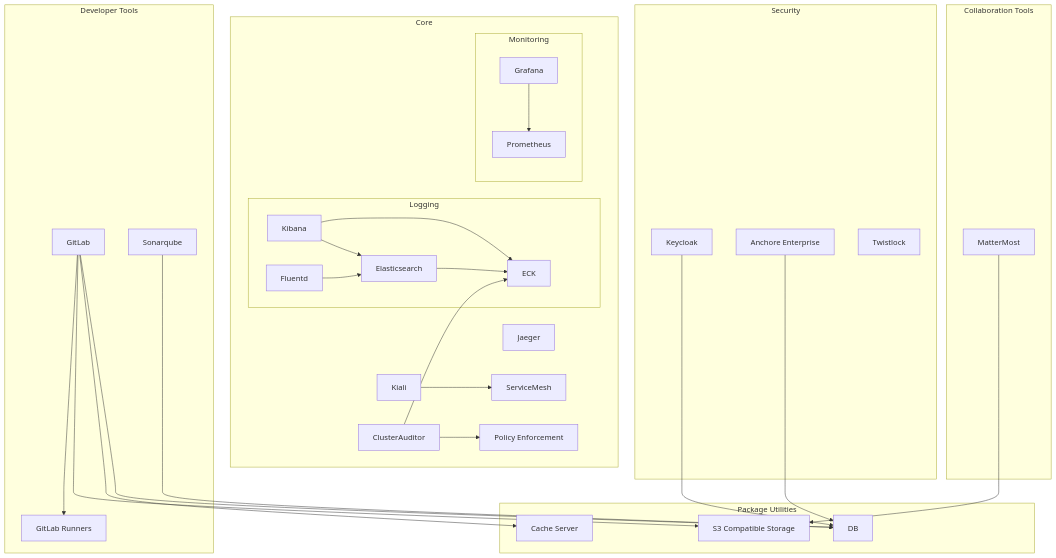
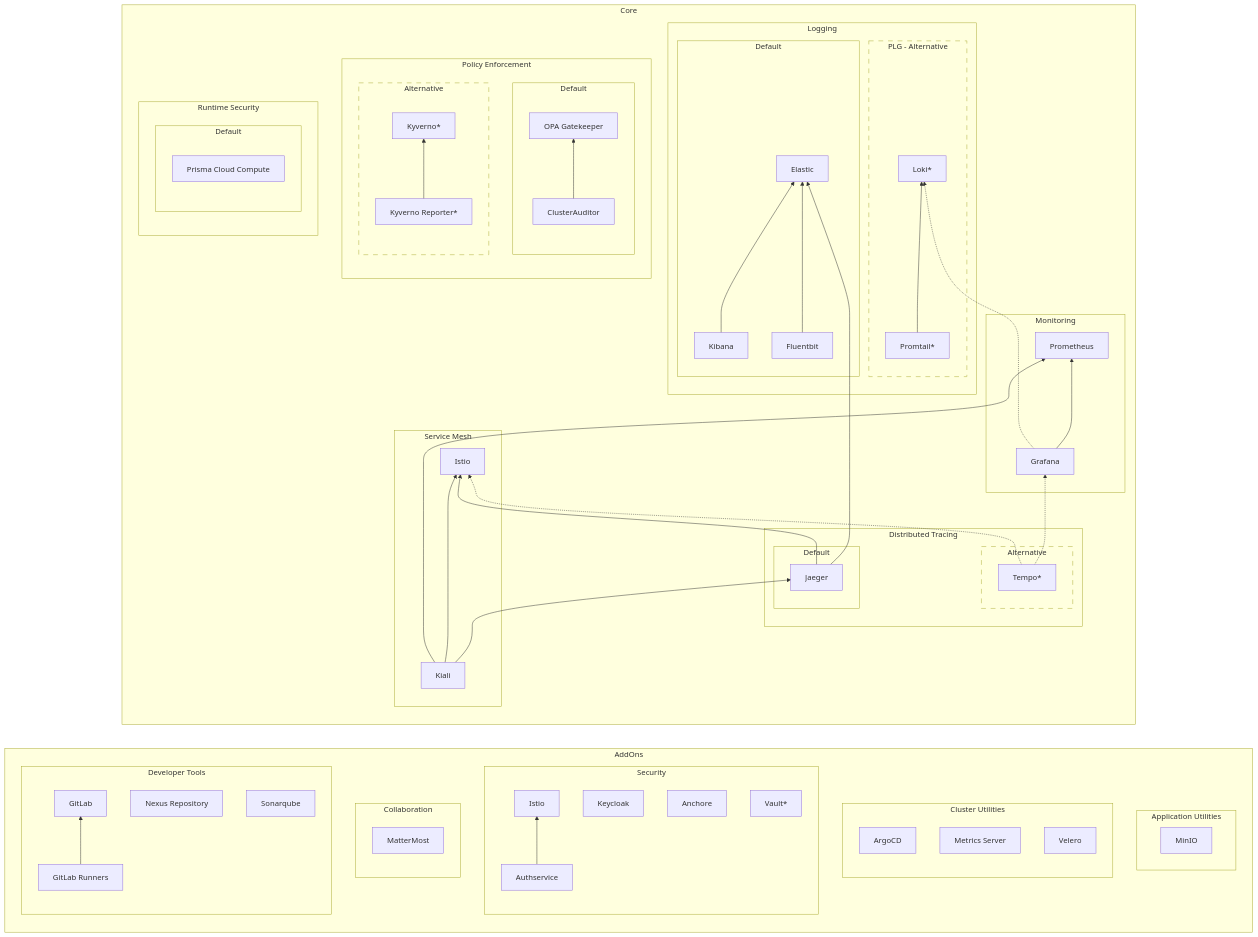
Before and after one commit to m3ssana/bigbang: the first of 5 diagrams in charter/BigBangPackages.md, drawn with Mermaid. The commit also changed other lines of this file, not shown here.

Commit message:
test: links

````diff
--- a/charter/BigBangPackages.md
+++ b/charter/BigBangPackages.md
@@ -11,48 +11,92 @@
 ```mermaid
-graph TB
-  subgraph "Core"
-  subgraph "Logging"
-  LoggingElastic[Elasticsearch]
-  LoggingKibana[Kibana]
-  LoggingECK[ECK]
-  LoggingElastic  --> LoggingECK
-  LoggingKibana  --> LoggingECK
-  LoggingKibana --> LoggingElastic
-  Fluentd --> LoggingElastic
-  end
-  subgraph "Monitoring"
-  Grafana --> Prometheus
-  end
-  ServiceMesh
-  Jaeger
-  Kiali --> ServiceMesh
 
-  ClusterAuditor --> LoggingECK
-  ClusterAuditor --> OPA[Policy Enforcement]
+flowchart LR
+  subgraph AddOns
+    subgraph AppUtils[Application Utilities]
+      MinIO
+    end
+
+    subgraph ClusterUtils[Cluster Utilities]
+    direction BT
+      ArgoCD
+      Metrics[Metrics Server]
+      Velero
+    end
+
+    subgraph "Security"
+    direction BT
+      Authservice --> I[Istio]
+      Keycloak
+      Anchore
+      Vault[Vault*]
+    end
+
+    subgraph "Collaboration"
+    direction BT
+      MatterMost
+    end
+
+    subgraph "Developer Tools"
+    direction BT
+      GLRunners[GitLab Runners] --> GitLab
+      Nexux[Nexus Repository]
+      Sonarqube
+    end
   end
 
-  subgraph "Package Utilities"
-    Postgres[DB]
-    MinIO[S3 Compatible Storage]
-    Redis[Cache Server]
-  end
+  subgraph Core
+    direction BT
 
-  subgraph "Security"
-  Keycloak --> Postgres
-  Anchore[Anchore Enterprise] --> Postgres
-  Twistlock
-  end
+    subgraph L[Logging]
+      subgraph EFK[Default]
+        Kibana & Fluentbit --> Elastic
+      end
+      subgraph PLG[PLG - Alternative]
+      style PLG stroke-dasharray: 10 10
+        Promtail[Promtail*] --> Loki[Loki*]
+      end
+    end
 
-  subgraph "Developer Tools"
-    GitLab --> GitLabRunners[GitLab Runners]
-    GitLab --> MinIO
-    GitLab --> Redis
-    GitLab --> Postgres
-    Sonarqube --> Postgres
-  end
+    subgraph M[Monitoring]
+      Grafana --> Prometheus
+      Grafana -.-> Loki
+    end
 
-  subgraph "Collaboration Tools"
-    MatterMost --> MinIO
+    subgraph PE[Policy Enforcement]
+      subgraph CA[Default]
+      direction BT
+        ClusterAuditor --> OPA[OPA Gatekeeper]
+      end
+      subgraph KyvernoStack[Alternative]
+      style KyvernoStack stroke-dasharray: 10 10
+      direction BT
+        KyvernoReporter[Kyverno Reporter*] --> Kyverno[Kyverno*]
+        click Kyverno "./#policy-enforcement"
+        click KyvernoReporter "packages/kyverno/Architecture.md"
+      end
+    end
+
+    subgraph RS[Runtime Security]
+      subgraph TL[Default]
+        Twistlock[Prisma Cloud Compute]
+      end
+    end
+
+    subgraph DT[Distributed Tracing]
+      subgraph J[Default]
+        Jaeger ----> Elastic
+      end
+      subgraph T[Alternative]
+      style T stroke-dasharray: 10 10
+        Tempo[Tempo*] -.-> Grafana
+      end
+    end
+
+    subgraph SM[Service Mesh]
+      Jaeger --> Istio
+      Tempo -.-> Istio
+      Kiali --> Jaeger & Istio & Prometheus
+    end
   end
 
 ```
````
